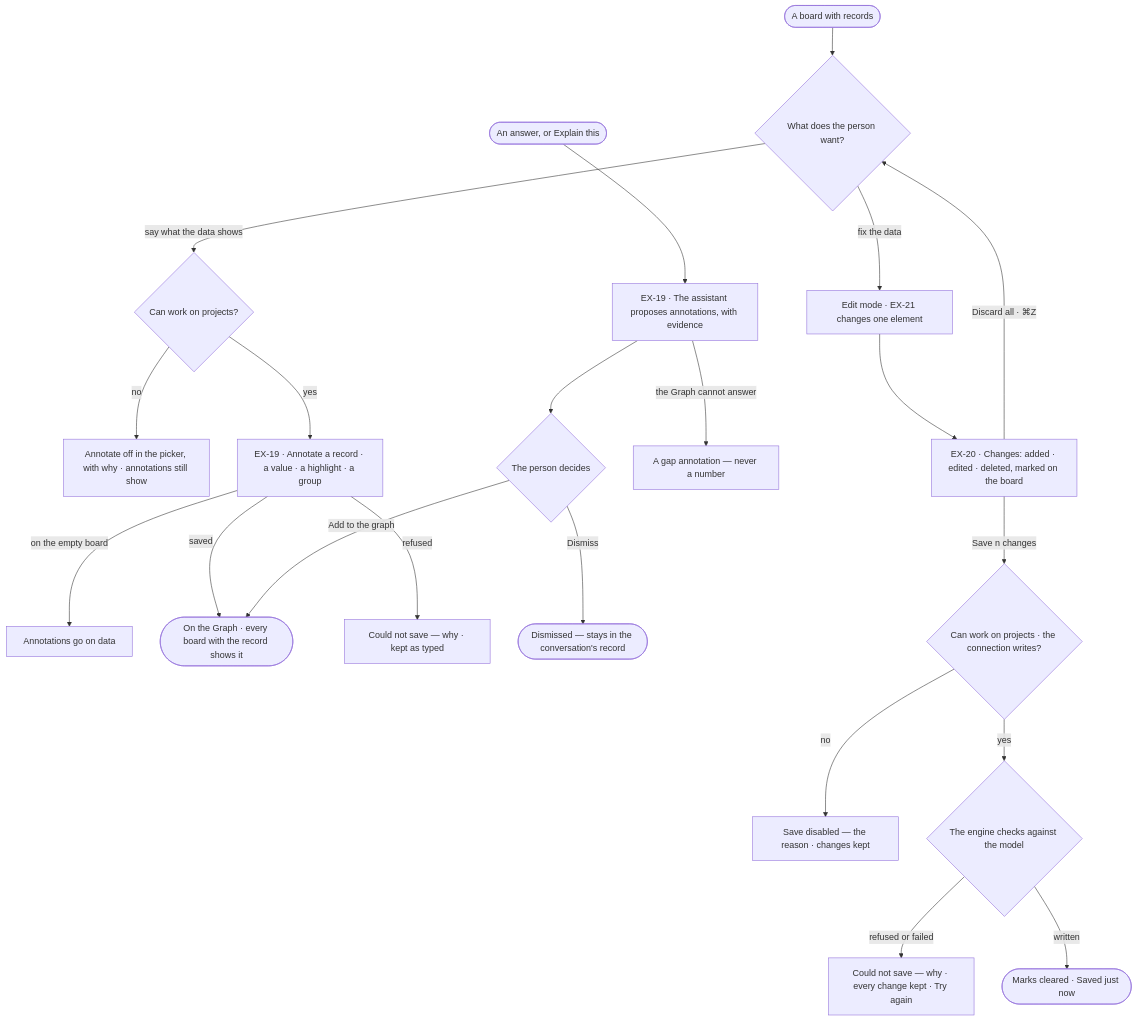
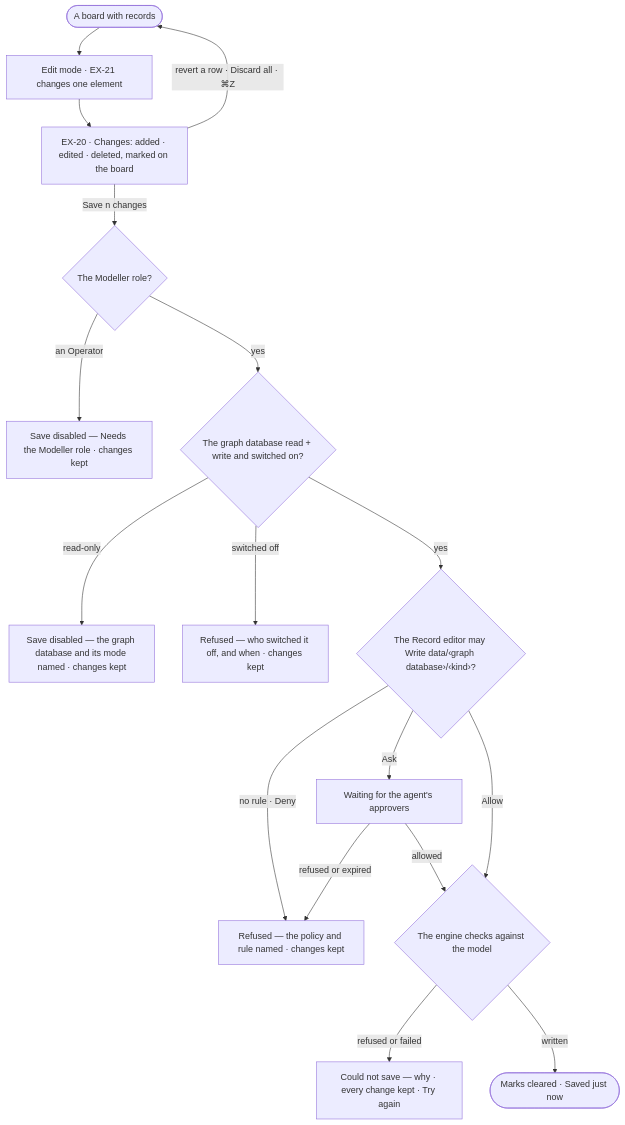
One commit to invana/invana changed the first of 2 diagrams in specs/capabilities/explore/features/EX-F06-annotate-and-edit-the-data/feature.md. Above: the diagram before and after it, drawn with Mermaid. The commit also changed other lines of this file and 522 other files, not shown here.

````diff
--- a/specs/capabilities/explore/features/EX-F06-annotate-and-edit-the-data/feature.md
+++ b/specs/capabilities/explore/features/EX-F06-annotate-and-edit-the-data/feature.md
@@ -23,23 +24,19 @@
 ```mermaid
 flowchart TD
-  start([A board with records]) --> d{What does the person want?}
-  d -->|say what the data shows| an{Can work on projects?}
-  an -->|no| ro["Annotate off in the picker, with why · annotations still show"]
-  an -->|yes| a["EX-19 · Annotate a record · a value · a highlight · a group"]
-  a -->|on the empty board| x["Annotations go on data"]
-  a -->|saved| on(["On the Graph · every board with the record shows it"])
-  a -->|refused| ae["Could not save — why · kept as typed"]
-  ask([An answer, or Explain this]) --> as["EX-19 · The assistant proposes annotations, with evidence"]
-  as --> dec{The person decides}
-  dec -->|Add to the graph| on
-  dec -->|Dismiss| gone(["Dismissed — stays in the conversation's record"])
-  as -->|the Graph cannot answer| gap["A gap annotation — never a number"]
-  d -->|fix the data| ed["Edit mode · EX-21 changes one element"]
+  start([A board with records]) --> ed["Edit mode · EX-21 changes one element"]
   ed --> ch["EX-20 · Changes: added · edited · deleted, marked on the board"]
-  ch -->|Discard all · ⌘Z| d
-  ch -->|Save n changes| g{Can work on projects · the connection writes?}
-  g -->|no| sd["Save disabled — the reason · changes kept"]
-  g -->|yes| run{The engine checks against the model}
+  ch -->|revert a row · Discard all · ⌘Z| start
+  ch -->|Save n changes| role{The Modeller role?}
+  role -->|an Operator| sd["Save disabled — Needs the Modeller role · changes kept"]
+  role -->|yes| mode{The graph database read + write and switched on?}
+  mode -->|read-only| ro["Save disabled — the graph database and its mode named · changes kept"]
+  mode -->|switched off| off["Refused — who switched it off, and when · changes kept"]
+  mode -->|yes| pol{"The Record editor may Write data/‹graph database›/‹kind›?"}
+  pol -->|no rule · Deny| pr["Refused — the policy and rule named · changes kept"]
+  pol -->|Ask| ask["Waiting for the agent's approvers"]
+  ask -->|refused or expired| pr
+  ask -->|allowed| run
+  pol -->|Allow| run{The engine checks against the model}
   run -->|refused or failed| sf["Could not save — why · every change kept · Try again"]
   run -->|written| saved(["Marks cleared · Saved just now"])
 ```
````
